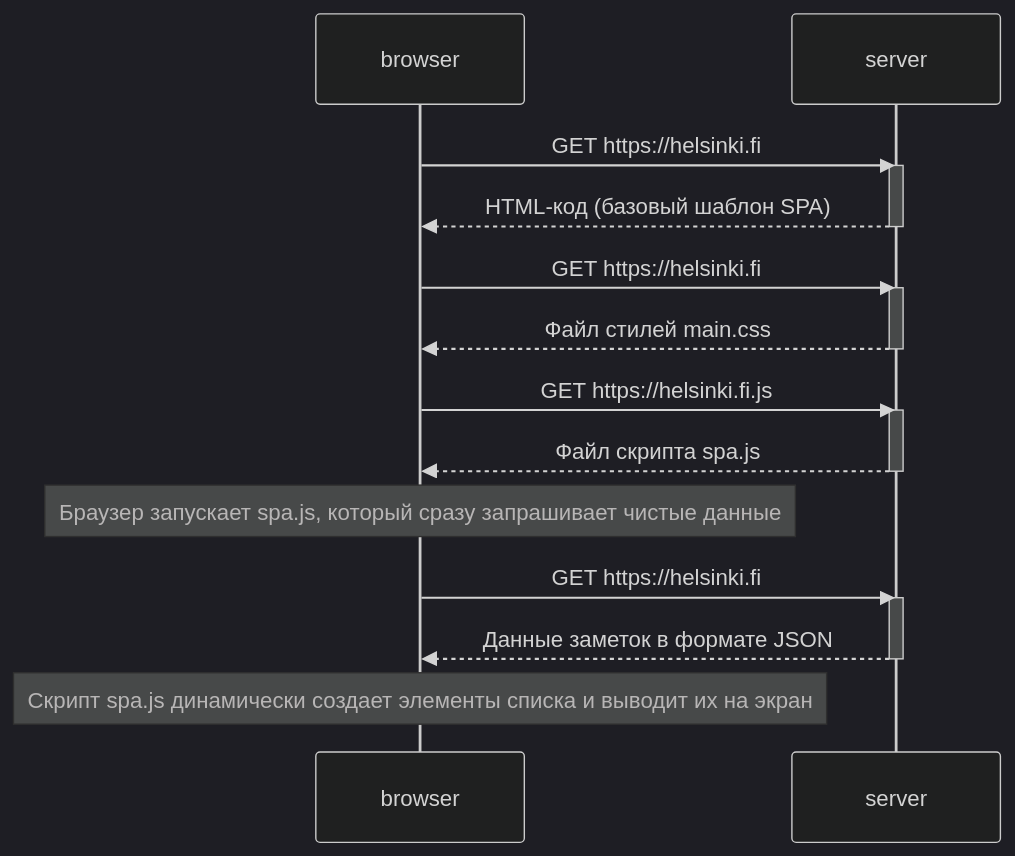
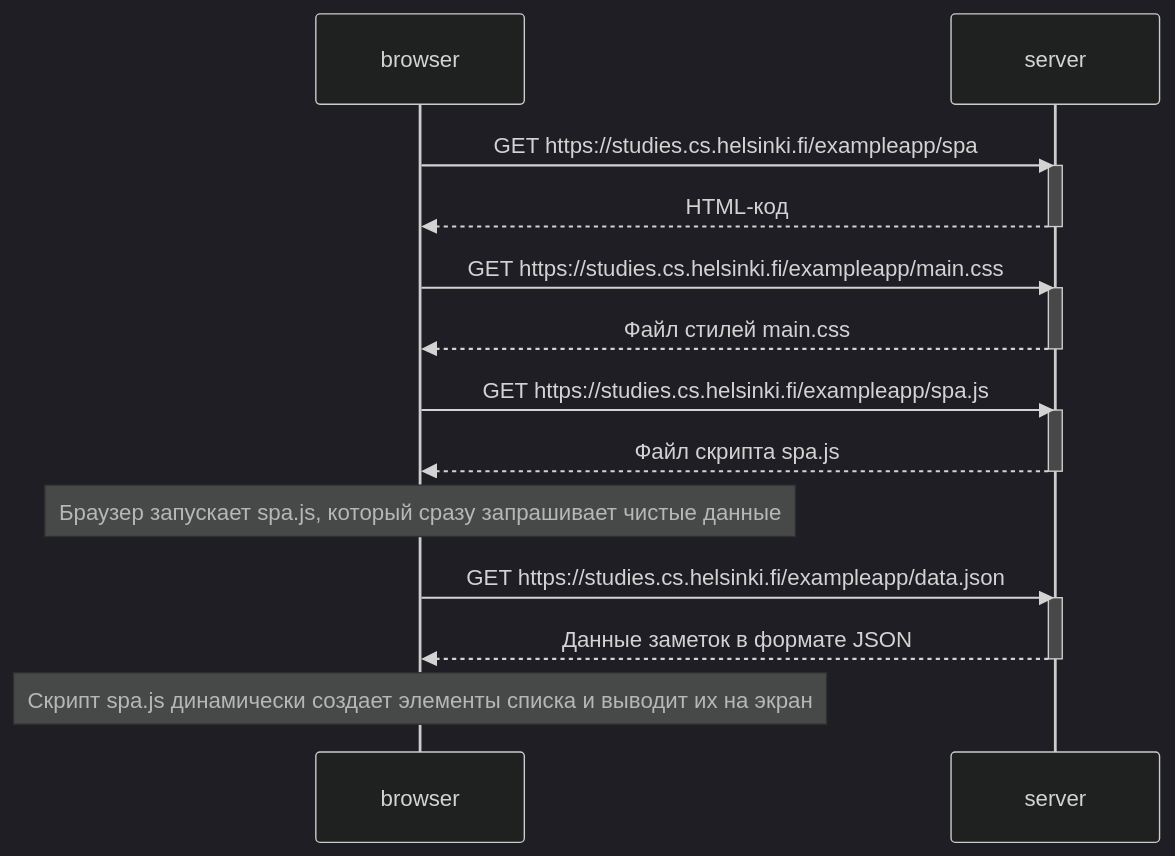
Before and after one commit to kanneykelly-code/fullstackopen-part0: the second of 2 diagrams in README.md, drawn with Mermaid (dark theme). The commit also changed other lines of this file, not shown here.

````diff
--- a/README.md
+++ b/README.md
@@ -40,29 +40,29 @@
 ```mermaid
 sequenceDiagram
     participant browser
     participant server
 
-    browser->>server: GET https://helsinki.fi
+    browser->>server: GET https://studies.cs.helsinki.fi/exampleapp/spa
     activate server
-    server-->>browser: HTML-код (базовый шаблон SPA)
+    server-->>browser: HTML-код 
     deactivate server
 
-    browser->>server: GET https://helsinki.fi
+    browser->>server: GET https://studies.cs.helsinki.fi/exampleapp/main.css
     activate server
     server-->>browser: Файл стилей main.css
     deactivate server
 
-    browser->>server: GET https://helsinki.fi.js
+    browser->>server: GET https://studies.cs.helsinki.fi/exampleapp/spa.js
     activate server
     server-->>browser: Файл скрипта spa.js
     deactivate server
 
     Note over browser: Браузер запускает spa.js, который сразу запрашивает чистые данные
 
-    browser->>server: GET https://helsinki.fi
+    browser->>server: GET https://studies.cs.helsinki.fi/exampleapp/data.json
     activate server
     server-->>browser: Данные заметок в формате JSON
     deactivate server
 
     Note over browser: Скрипт spa.js динамически создает элементы списка и выводит их на экран
 ```
````
